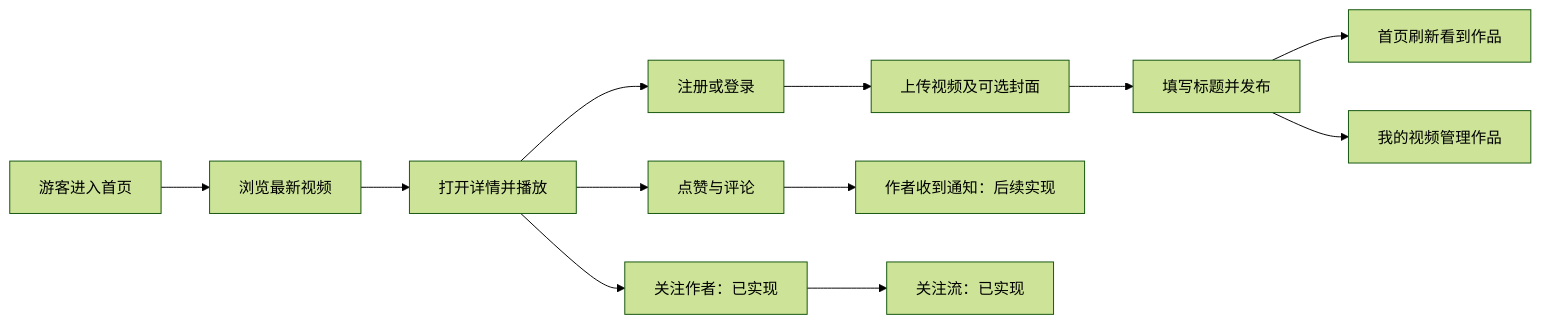
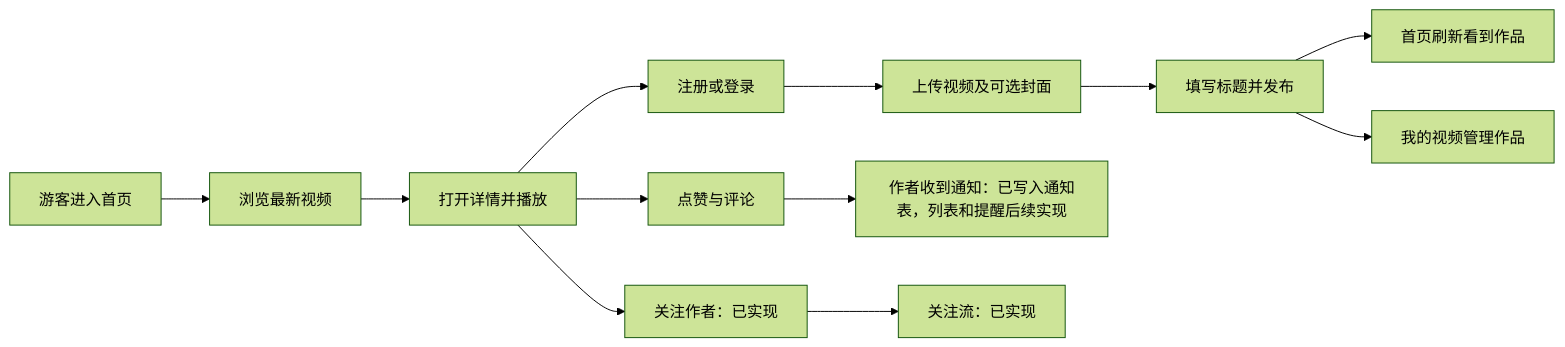
Before and after one commit to P3anut3/GoStream: the first of 2 diagrams in docs/learning/00_project_roadmap.md, drawn with Mermaid (forest theme). The commit also changed other lines of this file and 19 other files, not shown here.

````diff
--- a/docs/learning/00_project_roadmap.md
+++ b/docs/learning/00_project_roadmap.md
@@ -17,14 +17,14 @@
 ```mermaid
 flowchart LR
     A[游客进入首页] --> B[浏览最新视频]
     B --> C[打开详情并播放]
     C --> D[注册或登录]
     D --> E[上传视频及可选封面]
     E --> F[填写标题并发布]
     F --> G[首页刷新看到作品]
     F --> H[我的视频管理作品]
     C --> I[点赞与评论]
-    I --> J[作者收到通知：后续实现]
+    I --> J[作者收到通知：已写入通知表，列表和提醒后续实现]
     C --> K[关注作者：已实现]
     K --> L[关注流：已实现]
 ```
````
